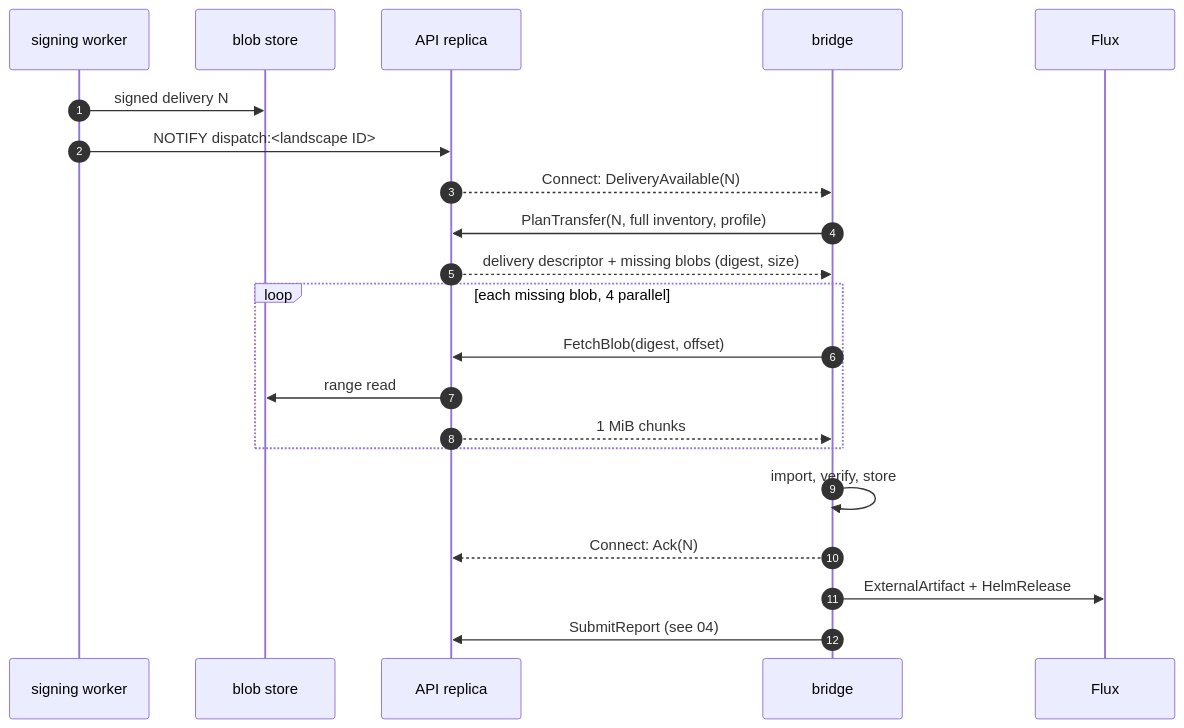
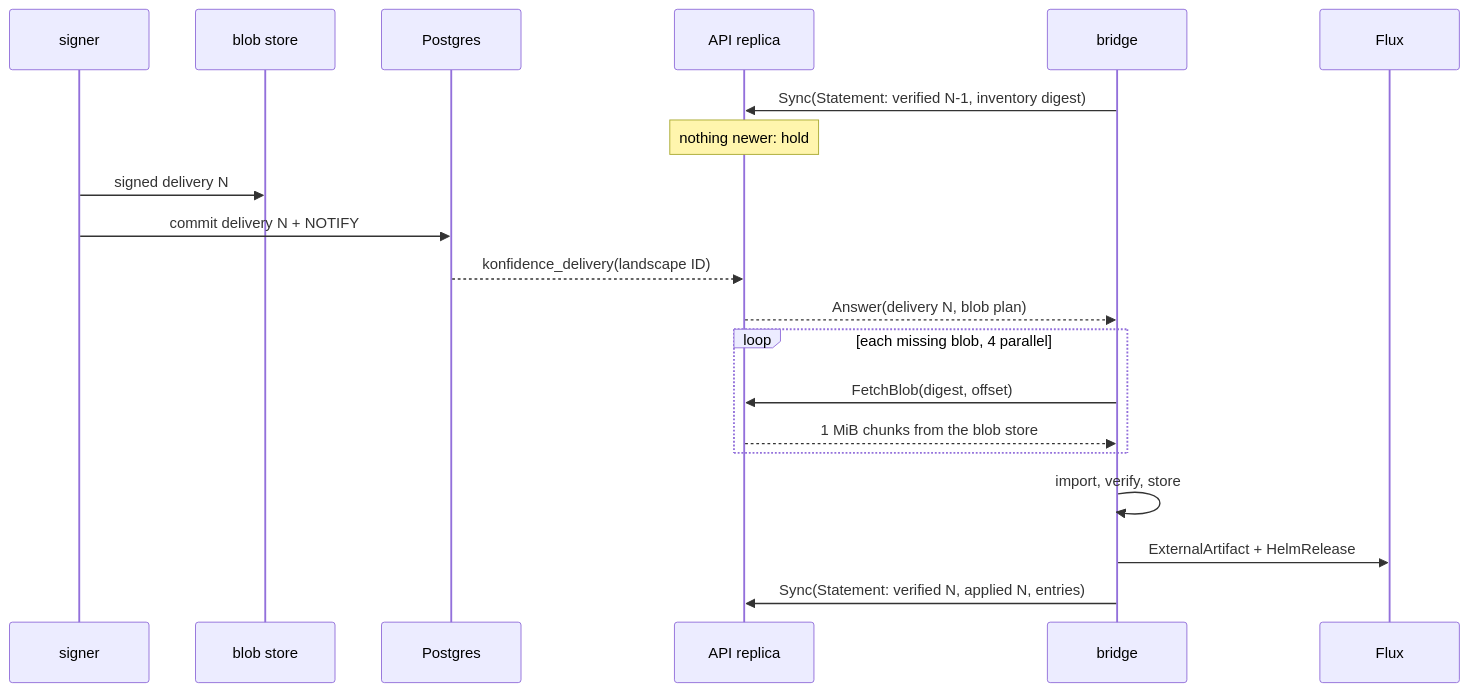
Before and after one commit to nirnanaaa/konfidence: the diagram in docs/design/03-bundles-and-transfer.md, drawn with Mermaid. The commit also changed other lines of this file and 12 other files, not shown here.

````diff
--- a/docs/design/03-bundles-and-transfer.md
+++ b/docs/design/03-bundles-and-transfer.md
@@ -146,23 +94,22 @@
 ```mermaid
 sequenceDiagram
-    autonumber
-    participant S as signing worker
+    participant S as signer
     participant BS as blob store
+    participant P as Postgres
     participant A as API replica
     participant B as bridge
     participant F as Flux
+    B->>A: Sync(Statement: verified N-1, inventory digest)
+    Note over A: nothing newer: hold
     S->>BS: signed delivery N
-    S->>A: NOTIFY dispatch:<landscape ID>
-    A-->>B: Connect: DeliveryAvailable(N)
-    B->>A: PlanTransfer(N, full inventory, profile)
-    A-->>B: delivery descriptor + missing blobs (digest, size)
+    S->>P: commit delivery N + NOTIFY
+    P-->>A: konfidence_delivery(landscape ID)
+    A-->>B: Answer(delivery N, blob plan)
     loop each missing blob, 4 parallel
         B->>A: FetchBlob(digest, offset)
-        A->>BS: range read
-        A-->>B: 1 MiB chunks
+        A-->>B: 1 MiB chunks from the blob store
     end
     B->>B: import, verify, store
-    B-->>A: Connect: Ack(N)
     B->>F: ExternalArtifact + HelmRelease
-    B->>A: SubmitReport (see 04)
+    B->>A: Sync(Statement: verified N, applied N, entries)
 ```
````
